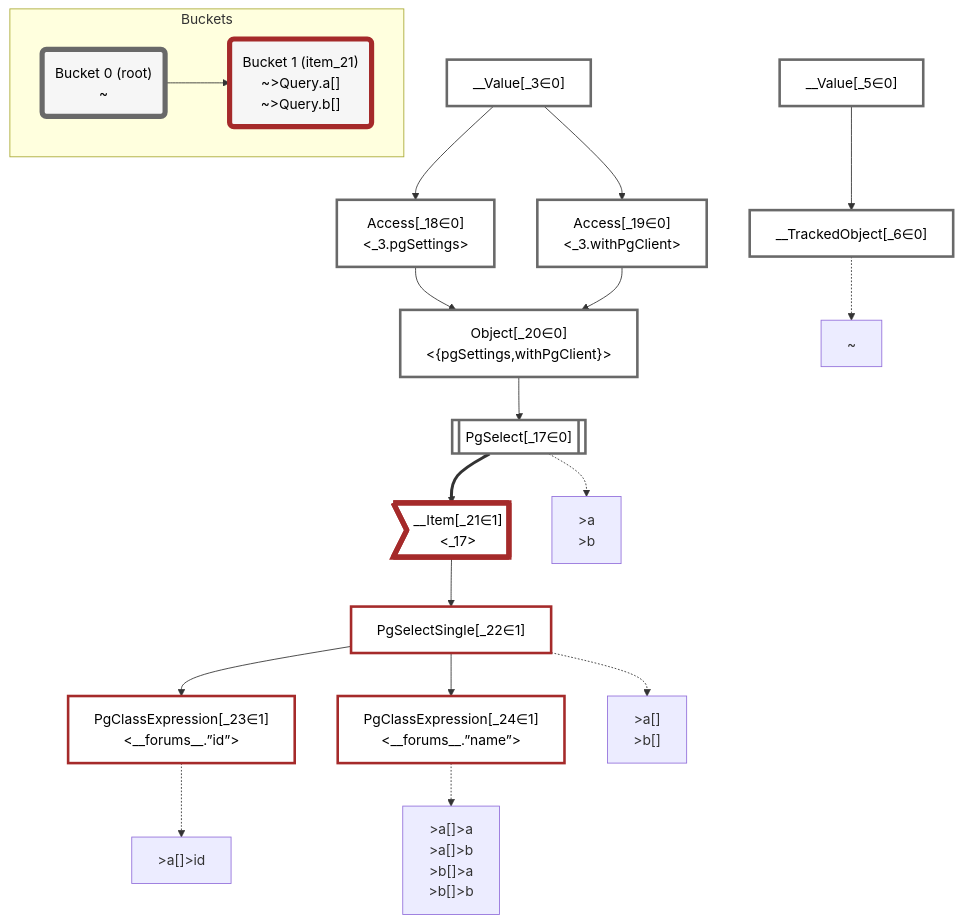
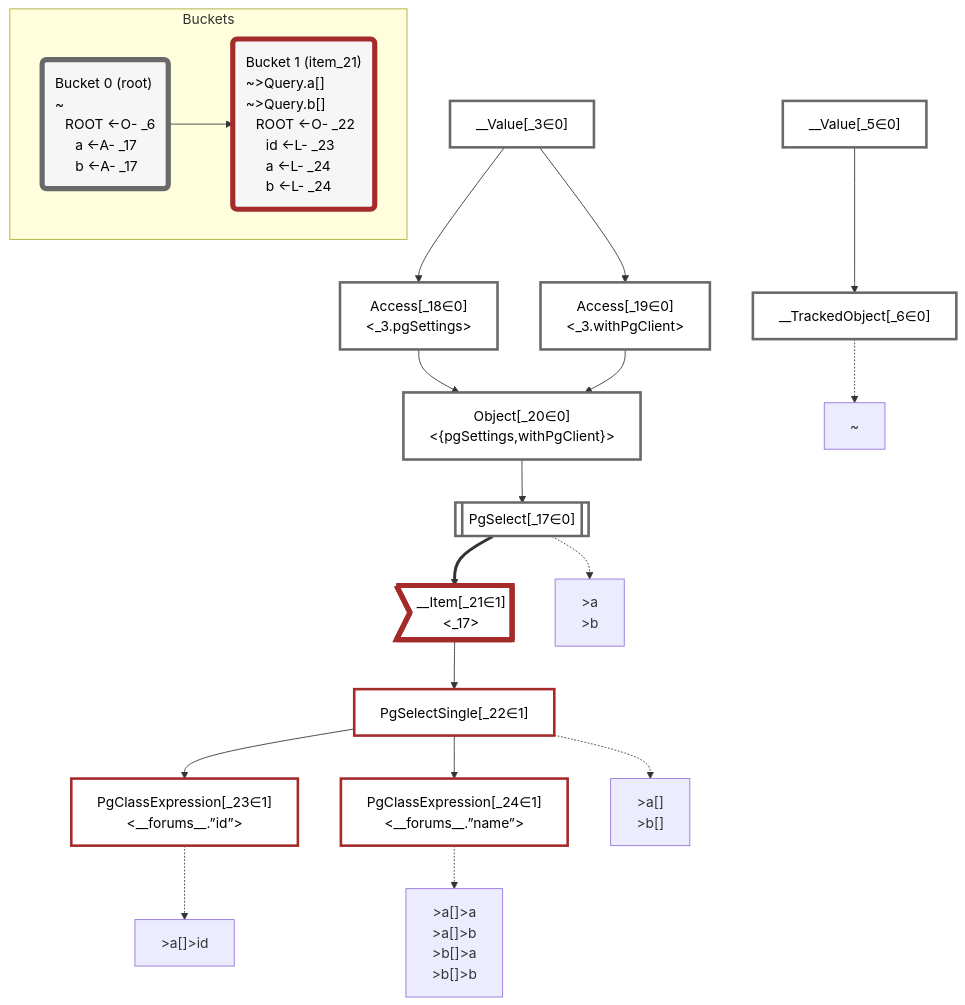
One commit to graphile/crystal changed the diagram in packages/dataplan-pg/__tests__/queries/super-simple/many-field-aliases-and-mismatched-fields.deopt.mermaid.md. Above: the diagram before and after it, drawn with Mermaid. The commit also changed 195 other files, not shown here.

````diff
--- a/packages/dataplan-pg/__tests__/queries/super-simple/many-field-aliases-and-mismatched-fields.deopt.mermaid.md
+++ b/packages/dataplan-pg/__tests__/queries/super-simple/many-field-aliases-and-mismatched-fields.deopt.mermaid.md
@@ -1,60 +1,60 @@
 ```mermaid
 graph TD
     classDef path fill:#eee,stroke:#000,color:#000
     classDef plan fill:#fff,stroke-width:3px,color:#000
     classDef itemplan fill:#fff,stroke-width:6px,color:#000
     classDef sideeffectplan fill:#f00,stroke-width:6px,color:#000
-    classDef bucket fill:#f6f6f6,color:#000,stroke-width:6px
+    classDef bucket fill:#f6f6f6,color:#000,stroke-width:6px,text-align:left
 
 
     %% define plans
     __Value_3["__Value[_3∈0]<br /><context>"]:::plan
     __Value_5["__Value[_5∈0]<br /><rootValue>"]:::plan
     __TrackedObject_6["__TrackedObject[_6∈0]"]:::plan
     PgSelect_17[["PgSelect[_17∈0]<br /><forums>"]]:::plan
     Access_18["Access[_18∈0]<br /><_3.pgSettings>"]:::plan
     Access_19["Access[_19∈0]<br /><_3.withPgClient>"]:::plan
     Object_20["Object[_20∈0]<br /><{pgSettings,withPgClient}>"]:::plan
     __Item_21>"__Item[_21∈1]<br /><_17>"]:::itemplan
     PgSelectSingle_22["PgSelectSingle[_22∈1]<br /><forums>"]:::plan
     PgClassExpression_23["PgClassExpression[_23∈1]<br /><__forums__.”id”>"]:::plan
     PgClassExpression_24["PgClassExpression[_24∈1]<br /><__forums__.”name”>"]:::plan
 
     %% plan dependencies
     __Value_5 --> __TrackedObject_6
     Object_20 --> PgSelect_17
     __Value_3 --> Access_18
     __Value_3 --> Access_19
     Access_18 --> Object_20
     Access_19 --> Object_20
     PgSelect_17 ==> __Item_21
     __Item_21 --> PgSelectSingle_22
     PgSelectSingle_22 --> PgClassExpression_23
     PgSelectSingle_22 --> PgClassExpression_24
 
     %% plan-to-path relationships
     P_6["~"]
     __TrackedObject_6 -.-> P_6
     P_17[">a<br />>b"]
     PgSelect_17 -.-> P_17
     P_22[">a[]<br />>b[]"]
     PgSelectSingle_22 -.-> P_22
     P_23[">a[]>id"]
     PgClassExpression_23 -.-> P_23
     P_24[">a[]>a<br />>a[]>b<br />>b[]>a<br />>b[]>b"]
     PgClassExpression_24 -.-> P_24
 
     %% allocate buckets
     classDef bucket0 stroke:#696969
     class __Value_3,__Value_5,__TrackedObject_6,PgSelect_17,Access_18,Access_19,Object_20 bucket0
     classDef bucket1 stroke:#a52a2a
     class __Item_21,PgSelectSingle_22,PgClassExpression_23,PgClassExpression_24 bucket1
 
     subgraph Buckets
-    Bucket0("Bucket 0 (root)<br />~"):::bucket
+    Bucket0("Bucket 0 (root)<br />~<br />⠀ROOT <-O- _6<br />⠀⠀a <-A- _17<br />⠀⠀b <-A- _17"):::bucket
     style Bucket0 stroke:#696969
-    Bucket1("Bucket 1 (item_21)<br />~>Query.a[]<br />~>Query.b[]"):::bucket
+    Bucket1("Bucket 1 (item_21)<br />~>Query.a[]<br />~>Query.b[]<br />⠀ROOT <-O- _22<br />⠀⠀id <-L- _23<br />⠀⠀a <-L- _24<br />⠀⠀b <-L- _24"):::bucket
     style Bucket1 stroke:#a52a2a
     Bucket0 --> Bucket1
     end
 ```
````
